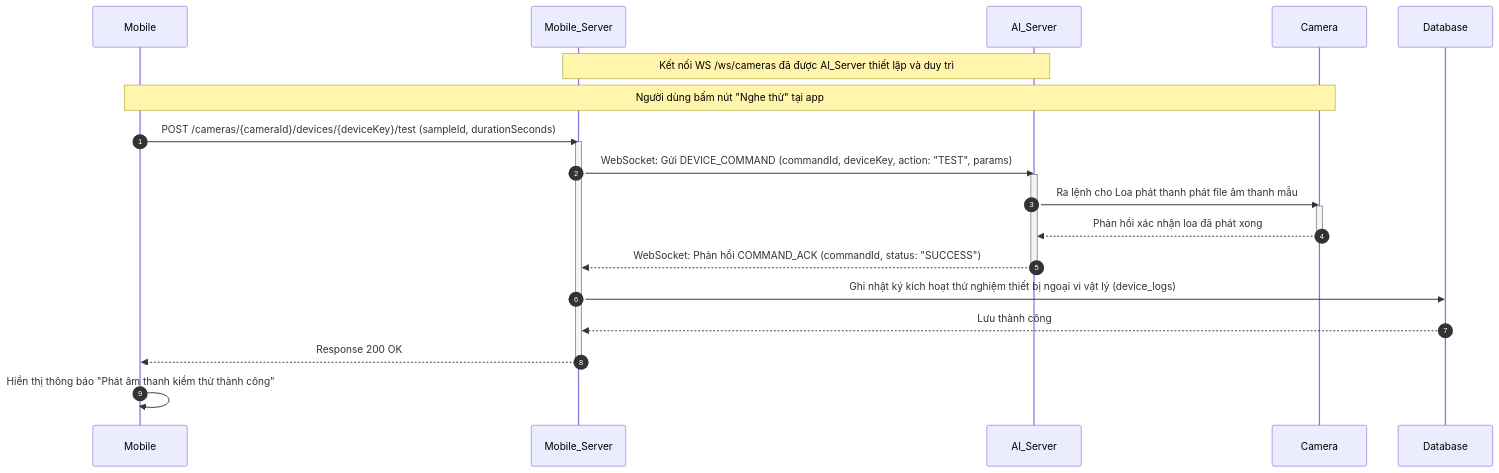
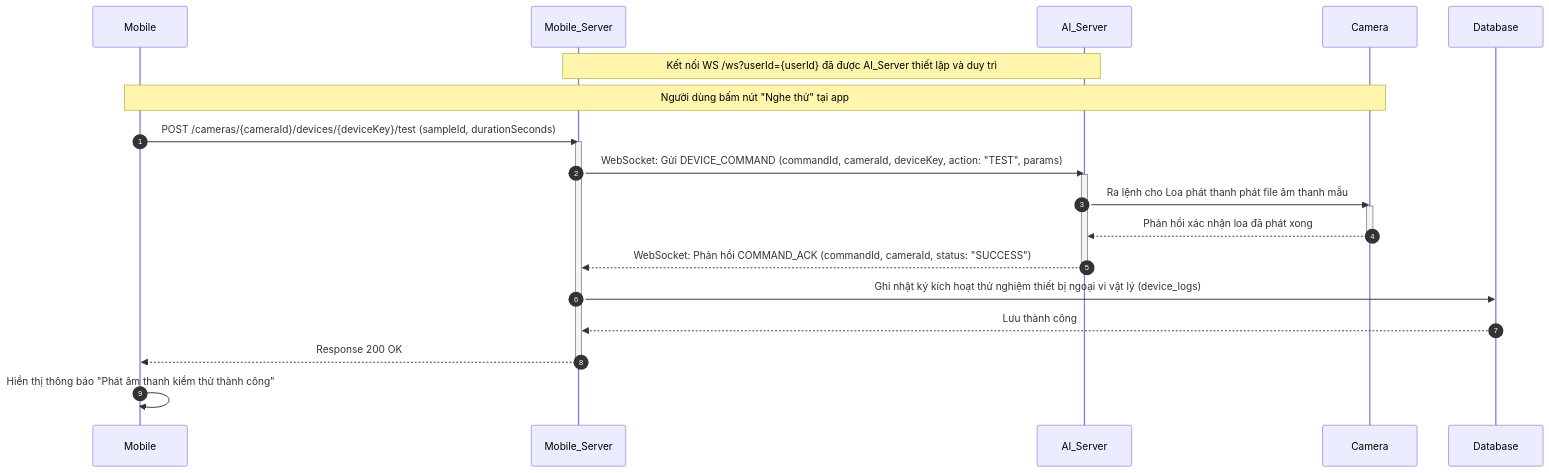
Before and after one commit to trungnguyenthien/Wildlife-Warning-and-Deterrence-System: diagram 16 of 19 in docs/04-sequence-diagram.md, drawn with Mermaid. The commit also changed 10 other files, not shown here.

Commit message:
feat: implement websocket support for camera communication and update server documentation

````diff
--- a/docs/04-sequence-diagram.md
+++ b/docs/04-sequence-diagram.md
@@ -535,27 +535,27 @@
 ```mermaid
 sequenceDiagram
     autonumber
     participant Mobile as Mobile
     participant Mobile_Server as Mobile_Server
     participant AI_Server as AI_Server
     participant Camera as Camera
     participant Database as Database
 
-    Note over AI_Server, Mobile_Server: Kết nối WS /ws/cameras đã được AI_Server thiết lập và duy trì
+    Note over AI_Server, Mobile_Server: Kết nối WS /ws?userId={userId} đã được AI_Server thiết lập và duy trì
     Note over Mobile, Camera: Người dùng bấm nút "Nghe thử" tại app
     Mobile->>Mobile_Server: POST /cameras/{cameraId}/devices/{deviceKey}/test (sampleId, durationSeconds)
     activate Mobile_Server
-    Mobile_Server->>AI_Server: WebSocket: Gửi DEVICE_COMMAND (commandId, deviceKey, action: "TEST", params)
+    Mobile_Server->>AI_Server: WebSocket: Gửi DEVICE_COMMAND (commandId, cameraId, deviceKey, action: "TEST", params)
     activate AI_Server
     AI_Server->>Camera: Ra lệnh cho Loa phát thanh phát file âm thanh mẫu
     activate Camera
     Camera-->>AI_Server: Phản hồi xác nhận loa đã phát xong
     deactivate Camera
-    AI_Server-->>Mobile_Server: WebSocket: Phản hồi COMMAND_ACK (commandId, status: "SUCCESS")
+    AI_Server-->>Mobile_Server: WebSocket: Phản hồi COMMAND_ACK (commandId, cameraId, status: "SUCCESS")
     deactivate AI_Server
     Mobile_Server->>Database: Ghi nhật ký kích hoạt thử nghiệm thiết bị ngoại vi vật lý (device_logs)
     Database-->>Mobile_Server: Lưu thành công
     Mobile_Server-->>Mobile: Response 200 OK
     deactivate Mobile_Server
     Mobile->>Mobile: Hiển thị thông báo "Phát âm thanh kiểm thử thành công"
 ```
````
